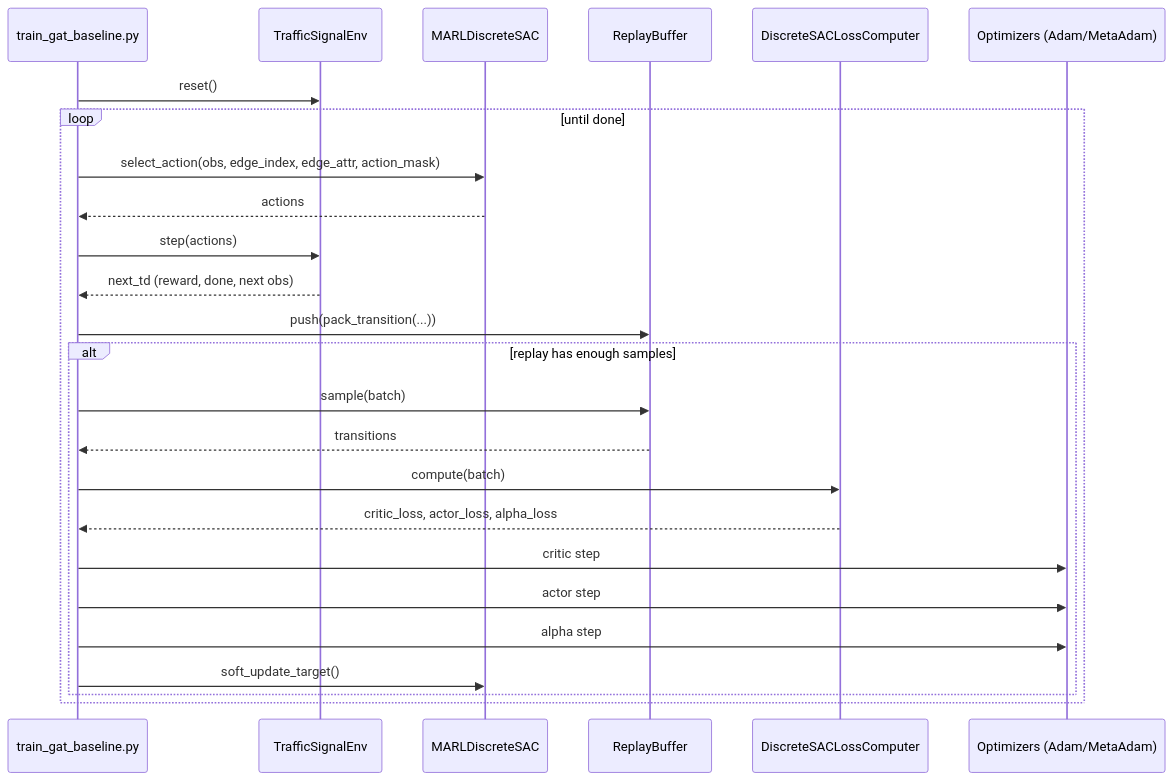
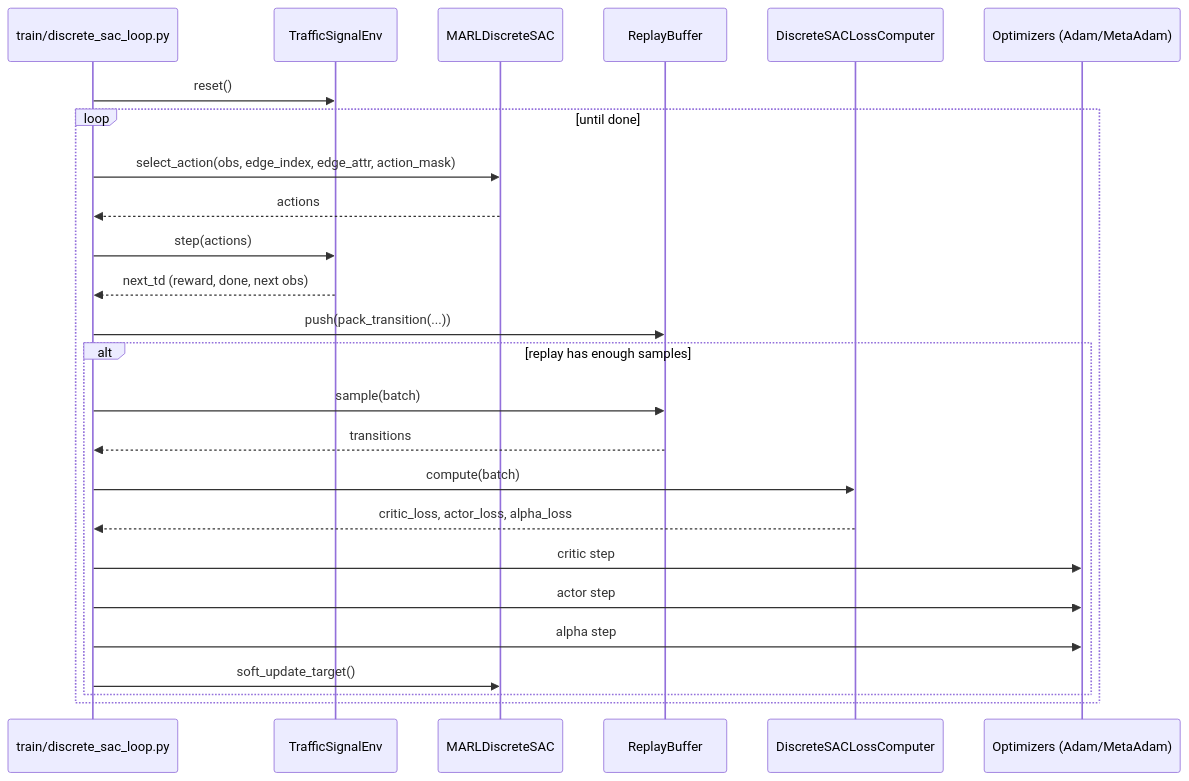
Before and after one commit to fuisl/marl: the third of 14 diagrams in docs/marl_env_diagrams.md, drawn with Mermaid. The commit also changed other lines of this file and 22 other files, not shown here.

````diff
--- a/docs/marl_env_diagrams.md
+++ b/docs/marl_env_diagrams.md
@@ -104,28 +106,28 @@
 ```mermaid
 sequenceDiagram
-  participant T as train_gat_baseline.py
+  participant T as train/discrete_sac_loop.py
   participant E as TrafficSignalEnv
   participant A as MARLDiscreteSAC
   participant R as ReplayBuffer
   participant L as DiscreteSACLossComputer
   participant O as Optimizers (Adam/MetaAdam)
 
   T->>E: reset()
   loop until done
     T->>A: select_action(obs, edge_index, edge_attr, action_mask)
     A-->>T: actions
     T->>E: step(actions)
     E-->>T: next_td (reward, done, next obs)
     T->>R: push(pack_transition(...))
     alt replay has enough samples
       T->>R: sample(batch)
       R-->>T: transitions
       T->>L: compute(batch)
       L-->>T: critic_loss, actor_loss, alpha_loss
       T->>O: critic step
       T->>O: actor step
       T->>O: alpha step
       T->>A: soft_update_target()
     end
   end
 ```
````
